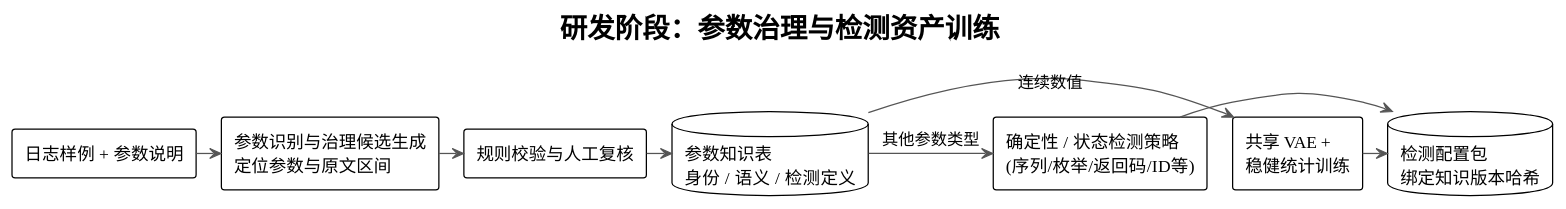
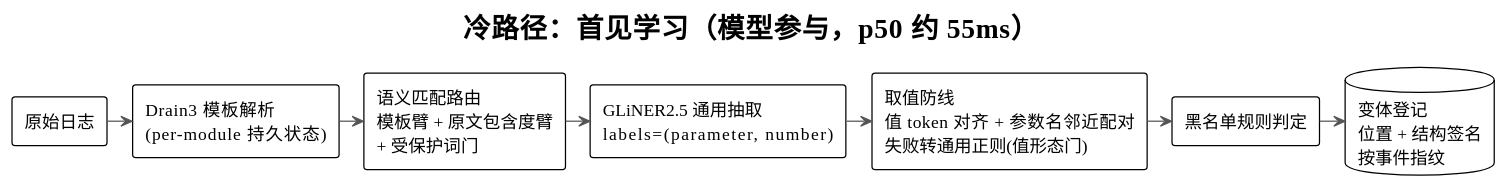
The sixth of 14 diagrams in LogNet3.0方案设计与实现文档.md (HouMonKy/TIG-PIPLUP), drawn with PlantUML before and after one commit. The commit also changed other lines of this file, not shown here.

````diff
--- a/LogNet3.0方案设计与实现文档.md
+++ b/LogNet3.0方案设计与实现文档.md
@@ -579,27 +579,26 @@
 ```plantuml
-@startuml Parameter_Overview_Research
+@startuml Parameter_Overview_Cold
 !theme plain
 skinparam shadowing false
 skinparam ArrowColor #555555
 skinparam nodesep 20
 skinparam ranksep 30
 
-title 研发阶段：参数治理与检测资产训练
+title 冷路径：首见学习（模型参与，p50 约 55ms）
 
-rectangle "日志样例 + 参数说明" as src
-rectangle "参数识别与治理候选生成\n定位参数与原文区间" as identify
-rectangle "规则校验与人工复核" as review
-database "参数知识表\n身份 / 语义 / 检测定义" as knowledge
-rectangle "共享 VAE +\n稳健统计训练" as vae
-rectangle "确定性 / 状态检测策略\n(序列/枚举/返回码/ID等)" as rule
-database "检测配置包\n绑定知识版本哈希" as assets
+rectangle "原始日志" as log
+rectangle "Drain3 模板解析\n(per-module 持久状态)" as drain
+rectangle "语义匹配路由\n模板臂 + 原文包含度臂\n+ 受保护词门" as match
+rectangle "GLiNER2.5 通用抽取\nlabels=(parameter, number)" as gliner
+rectangle "取值防线\n值 token 对齐 + 参数名邻近配对\n失败转通用正则(值形态门)" as guard
+rectangle "黑名单规则判定" as rule
+database "变体登记\n位置 + 结构签名\n按事件指纹" as reg
 
-src -right-> identify
-identify -right-> review
-review -right-> knowledge
-knowledge -right-> vae : 连续数值
-knowledge -right-> rule : 其他参数类型
-vae -right-> assets
-rule -right-> assets
+log -right-> drain
+drain -right-> match
+match -right-> gliner
+gliner -right-> guard
+guard -right-> rule
+rule -right-> reg
 @enduml
 ```
````
